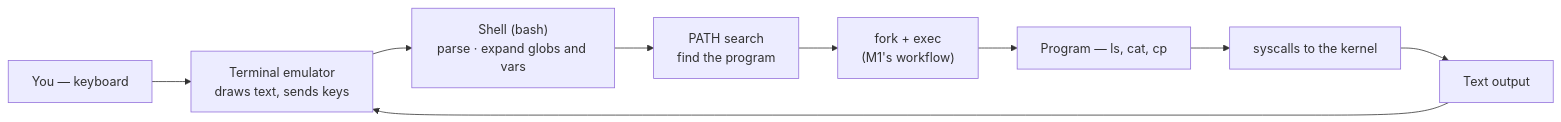
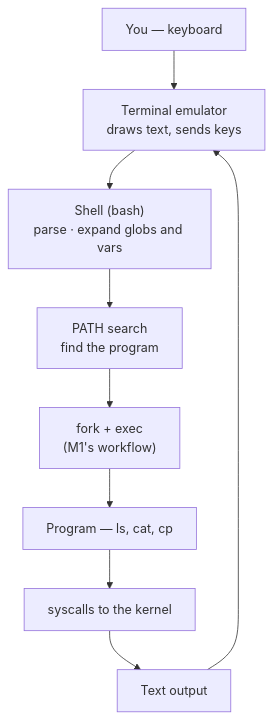
One commit to randaguiac20/learning-os changed the diagram in site/docs/stage-01/module-02.md. Above: the diagram before and after it, drawn with Mermaid. The commit also changed other lines of this file and 2 other files, not shown here.

Commit message:
Lesson polish: readable mermaid (subgraphs/TB), M02 anatomy table, Run-locally + Codespaces buttons on M01/M02

````diff
--- a/site/docs/stage-01/module-02.md
+++ b/site/docs/stage-01/module-02.md
@@ -69,11 +69,11 @@
 ```mermaid
-flowchart LR
+flowchart TB
     K["You — keyboard"] --> T["Terminal emulator<br/>draws text, sends keys"]
     T --> Sh["Shell (bash)<br/>parse · expand globs and vars"]
     Sh --> P["PATH search<br/>find the program"]
     P --> FE["fork + exec<br/>(M1's workflow)"]
     FE --> Pr["Program — ls, cat, cp"]
     Pr --> Sy["syscalls to the kernel"]
     Sy --> Out["Text output"]
     Out --> T
 ```
````
